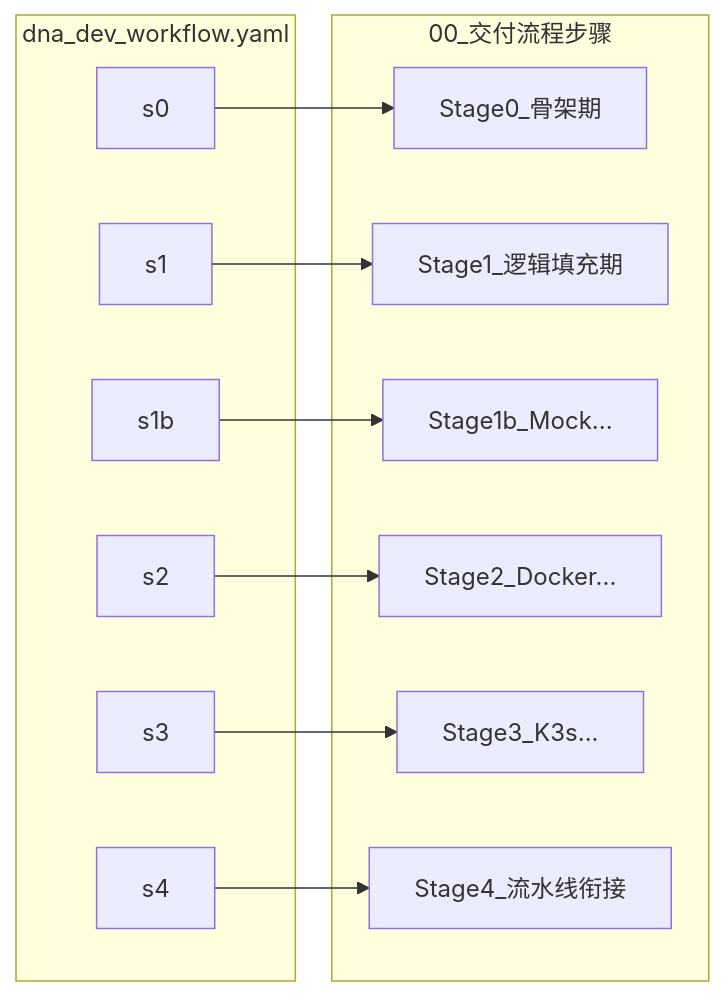
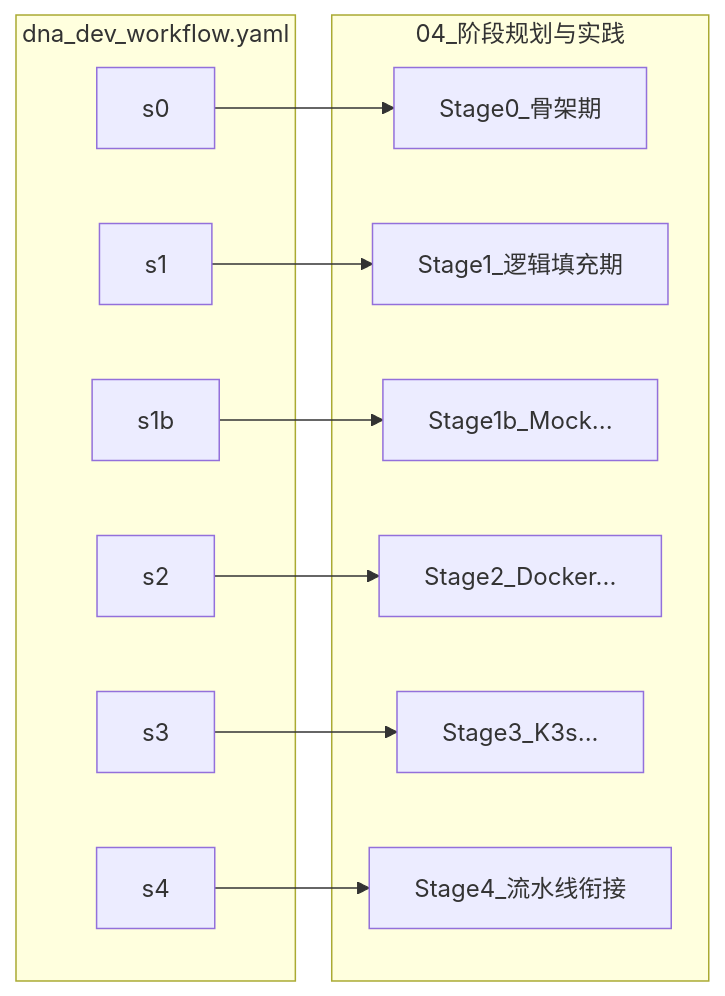
The third of 3 diagrams in 03_原子目标与规约/开发与交付/03_项目全功能开发测试实践工作流详细规划.md (myxxhui/diting-doc), drawn with Mermaid before and after one commit. The commit also changed other lines of this file and 190 other files, not shown here.

````diff
--- a/03_原子目标与规约/开发与交付/03_项目全功能开发测试实践工作流详细规划.md
+++ b/03_原子目标与规约/开发与交付/03_项目全功能开发测试实践工作流详细规划.md
@@ -132,25 +134,25 @@
 ```mermaid
 flowchart LR
   subgraph dna [dna_dev_workflow.yaml]
     A[s0]
     B[s1]
     C[s1b]
     D[s2]
     E[s3]
     F[s4]
   end
-  subgraph l4 [00_交付流程步骤]
+  subgraph l4 [04_阶段规划与实践]
     A2[Stage0_骨架期]
     B2[Stage1_逻辑填充期]
     C2[Stage1b_Mock...]
     D2[Stage2_Docker...]
     E2[Stage3_K3s...]
     F2[Stage4_流水线衔接]
   end
   A --> A2
   B --> B2
   C --> C2
   D --> D2
   E --> E2
   F --> F2
 ```
````
